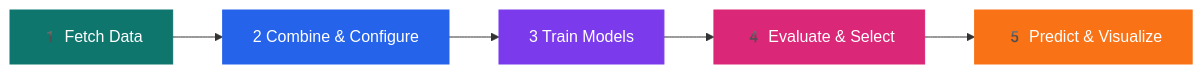
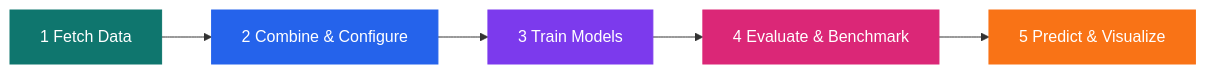
Before and after one commit to sayon999-d/Sales-forecasting-Prediction-Model: the second of 4 diagrams in README.md, drawn with Mermaid. The commit also changed other lines of this file and 2 other files, not shown here.

First line of the commit message:
feat: integrate evaluation & benchmark dashboard into Streamlit app

````diff
--- a/README.md
+++ b/README.md
@@ -66,13 +66,13 @@
 ```mermaid
 flowchart LR
-    A["1️ Fetch Data"] --> B["2 Combine & Configure"]
+    A["1 Fetch Data"] --> B["2 Combine & Configure"]
     B --> C["3 Train Models"]
-    C --> D["4️ Evaluate & Select"]
-    D --> E["5️ Predict & Visualize"]
+    C --> D["4 Evaluate & Benchmark"]
+    D --> E["5 Predict & Visualize"]
 
     style A fill:#0f766e,color:#fff,stroke:#0f766e
     style B fill:#2563eb,color:#fff,stroke:#2563eb
     style C fill:#7c3aed,color:#fff,stroke:#7c3aed
     style D fill:#db2777,color:#fff,stroke:#db2777
     style E fill:#f97316,color:#fff,stroke:#f97316
 ```
````
